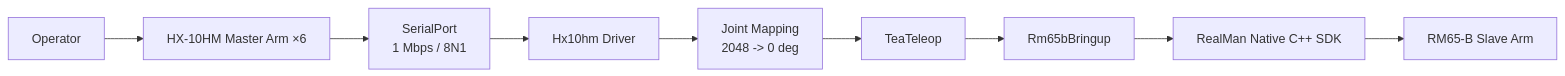
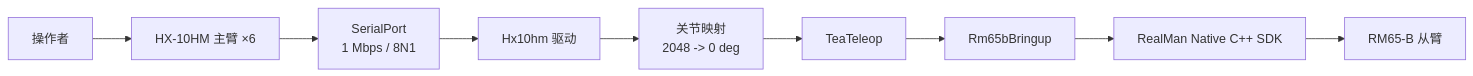
One commit to AgroTech-SCAU/Tea-Picking-Dual-Arm changed the diagram in README.md. Above: the diagram before and after it, drawn with Mermaid. The commit also changed other lines of this file and 29 other files, not shown here.

````diff
--- a/README.md
+++ b/README.md
@@ -36,11 +34,11 @@
 ```mermaid
 flowchart LR
-    Operator["Operator"] --> Master["HX-10HM Master Arm ×6"]
-    Master --> Serial["SerialPort\n1 Mbps / 8N1"]
-    Serial --> HX["Hx10hm Driver"]
-    HX --> Mapper["Joint Mapping\n2048 -> 0 deg"]
+    Operator["操作者"] --> Leader["HX-10HM 主臂 ×6"]
+    Leader --> Serial["SerialPort\n1 Mbps / 8N1"]
+    Serial --> HX["Hx10hm 驱动"]
+    HX --> Mapper["关节映射\n2048 -> 0 deg"]
     Mapper --> Teleop["TeaTeleop"]
     Teleop --> RM["Rm65bBringup"]
     RM --> SDK["RealMan Native C++ SDK"]
-    SDK --> Slave["RM65-B Slave Arm"]
+    SDK --> Slave["RM65-B 从臂"]
 ```
````
